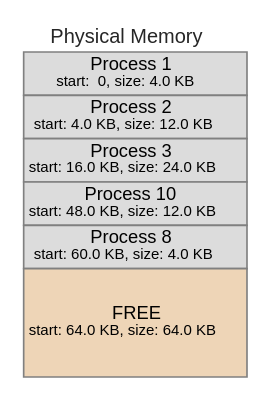
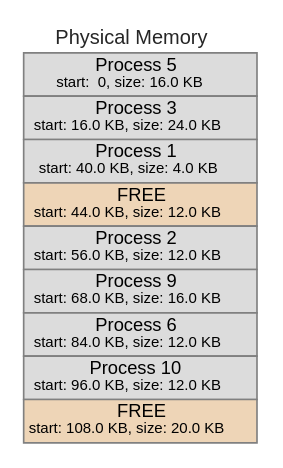
Before and after one commit to pitosalas/public-131-samples: the diagram in memsim/src/graphs/segvar4.json.gv, drawn with Graphviz. The commit also changed 5 other files, not shown here.

```diff
--- a/memsim/src/graphs/segvar4.json.gv
+++ b/memsim/src/graphs/segvar4.json.gv
@@ -1,9 +1,9 @@
 digraph "graphs/segvar4.json" {
 	graph [fontname=Helvetica rankdir=LR ranksep=1.0]
 	node [fontname=Helvetica fontsize=8 margin="0.04 0.04" shape=none width=0.8]
 	edge [arrowsize=0.4]
 	subgraph left {
-		physmem [label=<<table border="0.1" cellborder="1" cellspacing="0"><TR><TD border="0.0" ><font face="helvetica" color="grey15" point-size="12">Physical Memory</font></TD></TR><tr><td align="text" color="grey" bgcolor="gainsboro" height="4" port="Process 1"><font point-size="11">Process 1</font><br></br><font point-size="9">start:  0, size: 4.0 KB</font></td></tr><tr><td align="text" color="grey" bgcolor="gainsboro" height="12" port="Process 2"><font point-size="11">Process 2</font><br></br><font point-size="9">start: 4.0 KB, size: 12.0 KB</font></td></tr><tr><td align="text" color="grey" bgcolor="gainsboro" height="24" port="Process 3"><font point-size="11">Process 3</font><br></br><font point-size="9">start: 16.0 KB, size: 24.0 KB</font></td></tr><tr><td align="text" color="grey" bgcolor="gainsboro" height="12" port="Process 10"><font point-size="11">Process 10</font><br></br><font point-size="9">start: 48.0 KB, size: 12.0 KB</font></td></tr><tr><td align="text" color="grey" bgcolor="gainsboro" height="4" port="Process 8"><font point-size="11">Process 8</font><br></br><font point-size="9">start: 60.0 KB, size: 4.0 KB</font></td></tr><tr><td align="text" color="grey" bgcolor="bisque2" height="65" port="FREE"><font point-size="11">FREE</font><br></br><font point-size="9">start: 64.0 KB, size: 64.0 KB</font></td></tr></table>>]
+		physmem [label=<<table border="0.1" cellborder="1" cellspacing="0"><TR><TD border="0.0" ><font face="helvetica" color="grey15" point-size="12">Physical Memory</font></TD></TR><tr><td align="text" color="grey" bgcolor="gainsboro" height="16" port="Process 5"><font point-size="11">Process 5</font><br></br><font point-size="9">start:  0, size: 16.0 KB</font></td></tr><tr><td align="text" color="grey" bgcolor="gainsboro" height="24" port="Process 3"><font point-size="11">Process 3</font><br></br><font point-size="9">start: 16.0 KB, size: 24.0 KB</font></td></tr><tr><td align="text" color="grey" bgcolor="gainsboro" height="4" port="Process 1"><font point-size="11">Process 1</font><br></br><font point-size="9">start: 40.0 KB, size: 4.0 KB</font></td></tr><tr><td align="text" color="grey" bgcolor="bisque2" height="12" port="FREE"><font point-size="11">FREE</font><br></br><font point-size="9">start: 44.0 KB, size: 12.0 KB</font></td></tr><tr><td align="text" color="grey" bgcolor="gainsboro" height="12" port="Process 2"><font point-size="11">Process 2</font><br></br><font point-size="9">start: 56.0 KB, size: 12.0 KB</font></td></tr><tr><td align="text" color="grey" bgcolor="gainsboro" height="16" port="Process 9"><font point-size="11">Process 9</font><br></br><font point-size="9">start: 68.0 KB, size: 16.0 KB</font></td></tr><tr><td align="text" color="grey" bgcolor="gainsboro" height="12" port="Process 6"><font point-size="11">Process 6</font><br></br><font point-size="9">start: 84.0 KB, size: 12.0 KB</font></td></tr><tr><td align="text" color="grey" bgcolor="gainsboro" height="12" port="Process 10"><font point-size="11">Process 10</font><br></br><font point-size="9">start: 96.0 KB, size: 12.0 KB</font></td></tr><tr><td align="text" color="grey" bgcolor="bisque2" height="20" port="FREE"><font point-size="11">FREE</font><br></br><font point-size="9">start: 108.0 KB, size: 20.0 KB</font></td></tr></table>>]
 		rank=sink
 	}
 }
```
